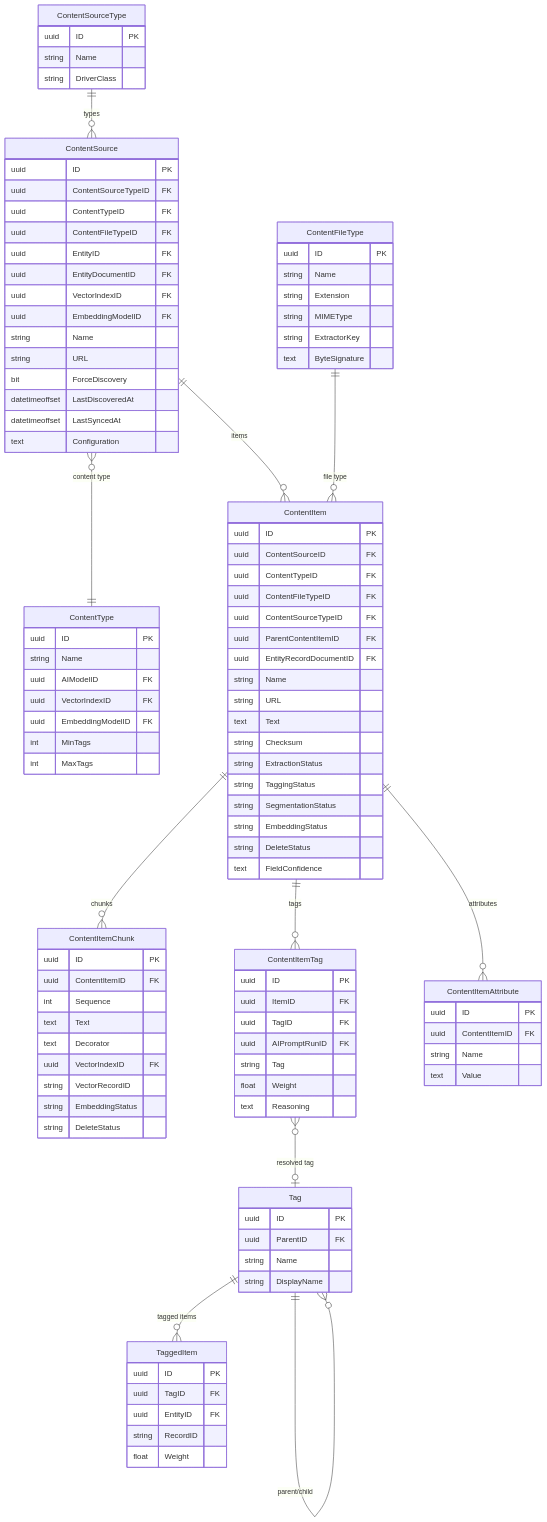
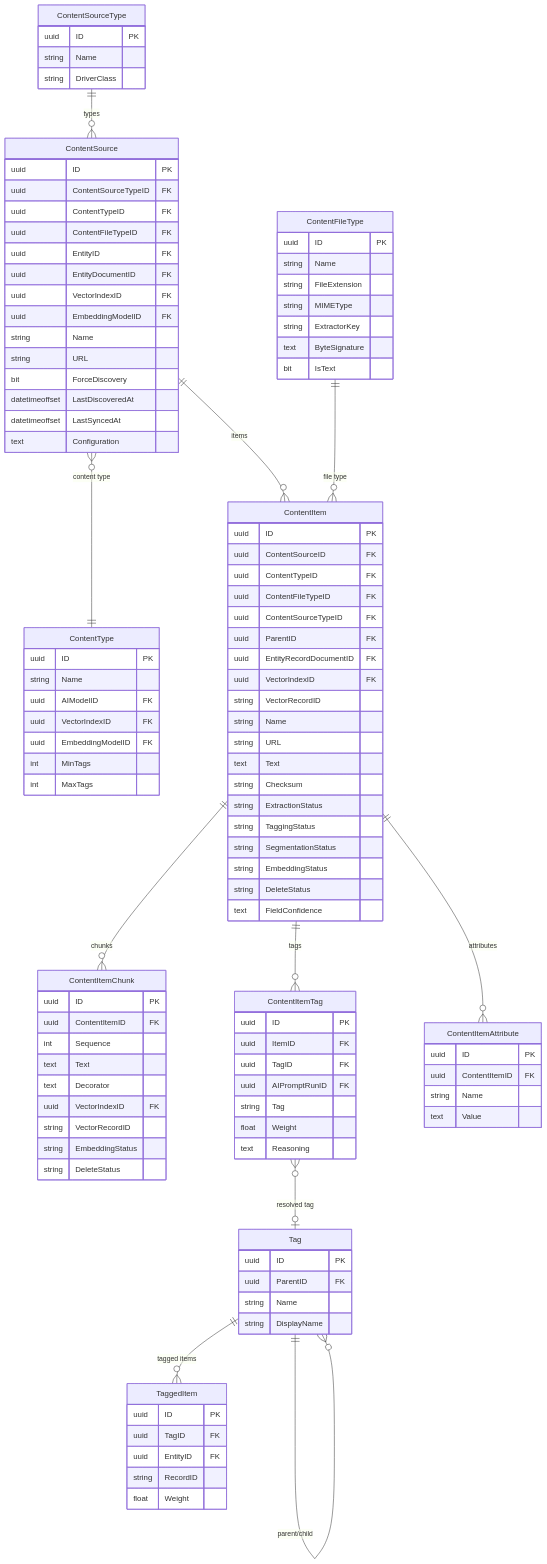
The second of 3 diagrams in guides/CONTENT_PIPELINE_GUIDE.md (MemberJunction/MJ), drawn with Mermaid before and after one commit. The commit also changed other lines of this file and 21 other files, not shown here.

```diff
--- a/guides/CONTENT_PIPELINE_GUIDE.md
+++ b/guides/CONTENT_PIPELINE_GUIDE.md
@@ -106,10 +106,11 @@
     ContentFileType {
         uuid ID PK
         string Name
-        string Extension
+        string FileExtension
         string MIMEType
         string ExtractorKey
         text ByteSignature
+        bit IsText
     }
     ContentItem {
         uuid ID PK
@@ -117,8 +118,10 @@
         uuid ContentTypeID FK
         uuid ContentFileTypeID FK
         uuid ContentSourceTypeID FK
-        uuid ParentContentItemID FK
+        uuid ParentID FK
         uuid EntityRecordDocumentID FK
+        uuid VectorIndexID FK
+        string VectorRecordID
         string Name
         string URL
         text Text
```
